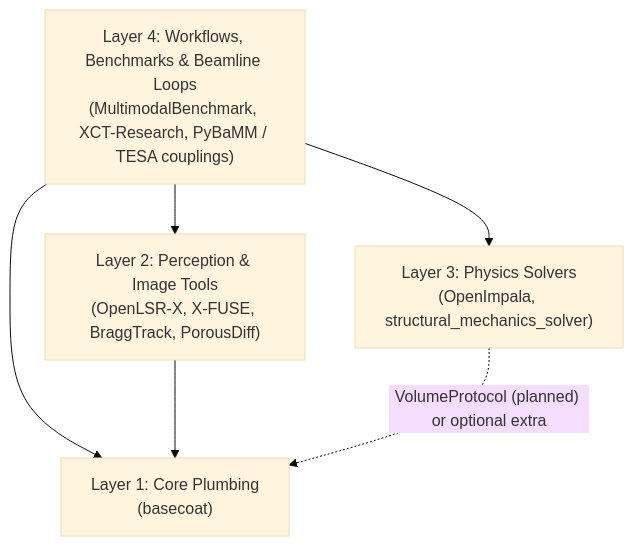
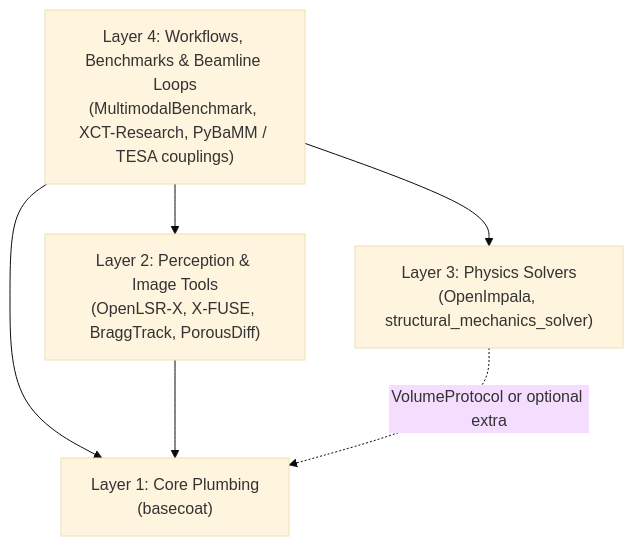
One commit to BASE-Laboratory/basecoat changed the diagram in ECOSYSTEM.md. Above: the diagram before and after it, drawn with Mermaid (base theme). The commit also changed other lines of this file and 9 other files, not shown here.

````diff
--- a/ECOSYSTEM.md
+++ b/ECOSYSTEM.md
@@ -24,13 +24,13 @@
 ```mermaid
 flowchart TD
     L4["Layer 4: Workflows, Benchmarks & Beamline Loops<br/>(MultimodalBenchmark, XCT-Research, PyBaMM / TESA couplings)"]
     L2["Layer 2: Perception & Image Tools<br/>(OpenLSR-X, X-FUSE, BraggTrack, PorousDiff)"]
     L3["Layer 3: Physics Solvers<br/>(OpenImpala, structural_mechanics_solver)"]
     L1["Layer 1: Core Plumbing<br/>(basecoat)"]
 
     L4 --> L2
     L4 --> L3
     L4 --> L1
     L2 --> L1
-    L3 -.->|"VolumeProtocol (planned) or optional extra"| L1
+    L3 -.->|"VolumeProtocol or optional extra"| L1
 ```
````
